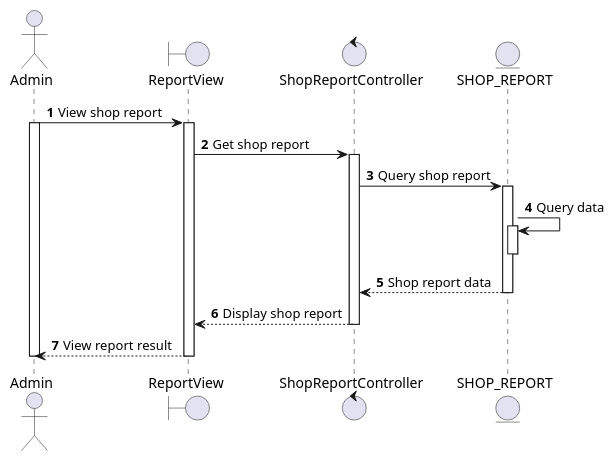
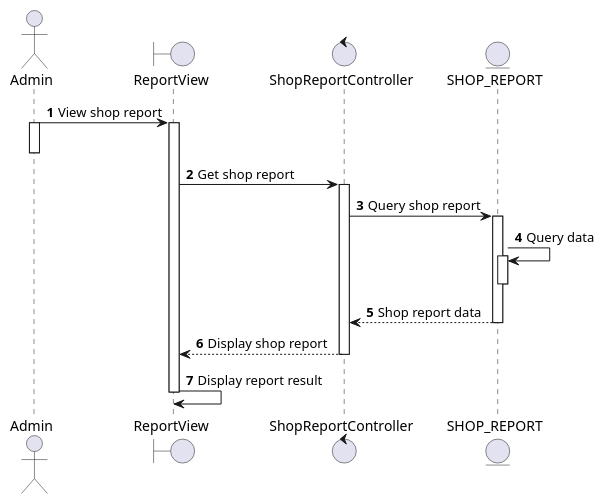
One commit to electricilies/electricilies.github.io changed the diagram in docs/docs/sequence/view-shop-report/view-shop-report.md. Above: the diagram before and after it, drawn with PlantUML. The commit also changed 4 other files, not shown here.

````diff
--- a/docs/docs/sequence/view-shop-report/view-shop-report.md
+++ b/docs/docs/sequence/view-shop-report/view-shop-report.md
@@ -3,29 +3,29 @@
 ```plantuml
 @startuml
 autonumber
 
 actor Admin as A
 boundary ReportView as RV
 control ShopReportController as SRC
 entity SHOP_REPORT as SR
 
 A -> RV: View shop report
 activate A
+deactivate A
 activate RV
 RV -> SRC: Get shop report
 activate SRC
 SRC -> SR: Query shop report
 activate SR
 SR -> SR: Query data
 activate SR
 deactivate SR
 SRC <-- SR: Shop report data
 deactivate SR
 RV <-- SRC: Display shop report
 deactivate SRC
-A <-- RV: View report result
+RV -> RV: Display report result
 deactivate RV
-deactivate A
 
 @enduml
 ```
````
